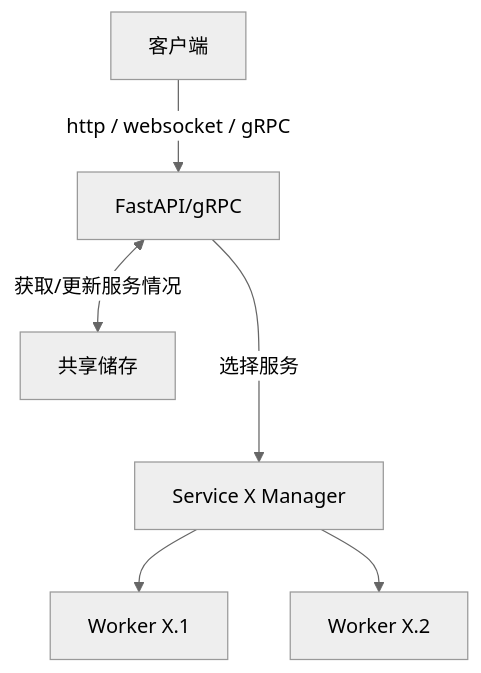
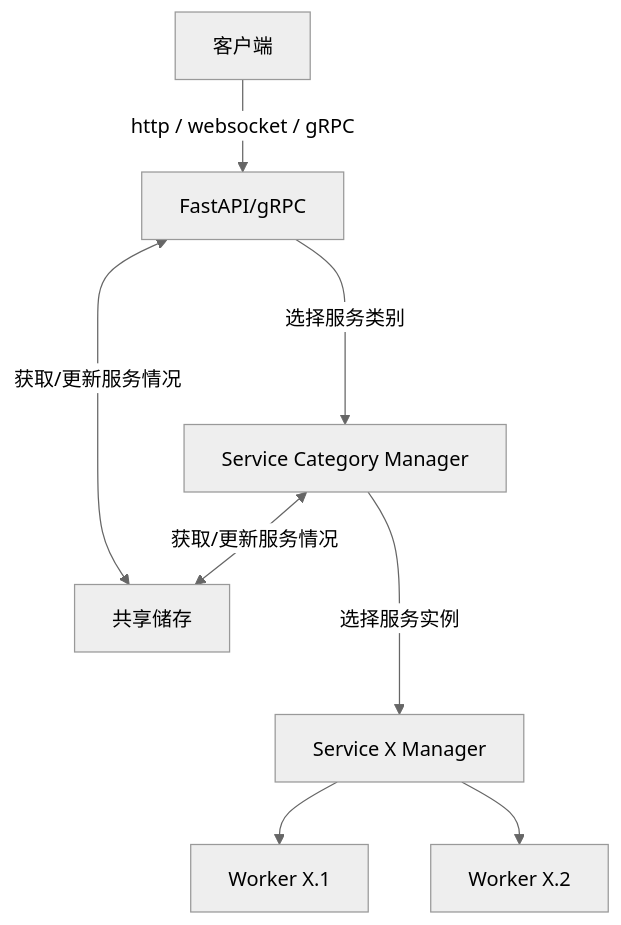
The diagram in README.md (92MING/thinkserve), drawn with Mermaid (neutral theme) before and after one commit. The commit also changed other lines of this file, not shown here.

````diff
--- a/README.md
+++ b/README.md
@@ -14,9 +14,12 @@
 ```mermaid
 graph TD
     Client[客户端] --http / websocket / gRPC--> Server[FastAPI/gRPC]
     Server <--获取/更新服务情况--> Storage[共享储存]
-    S1[Service X Manager]
-    Server --选择服务---> S1
-    S1 --> W11[Worker X.1]
-    S1 --> W12[Worker X.2]
+    SM[Service X Manager]
+    SC[Service Category Manager]
+    Server --选择服务类别---> SC
+    SC <--获取/更新服务情况--> Storage
+    SC --选择服务实例---> SM
+    SM --> W11[Worker X.1]
+    SM --> W12[Worker X.2]
 ```
````
